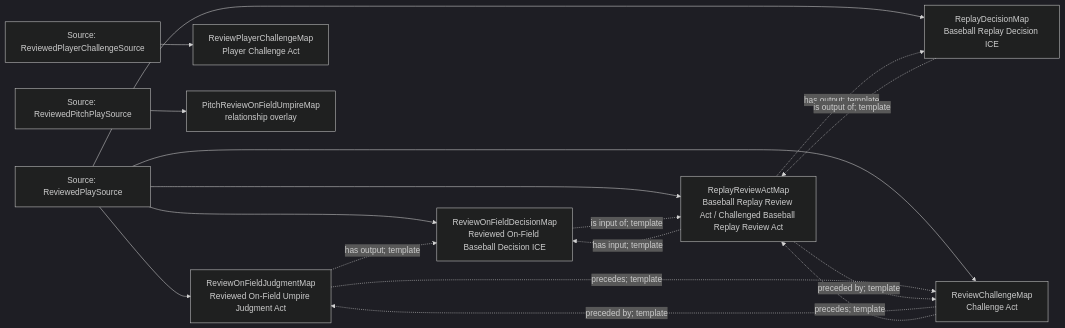
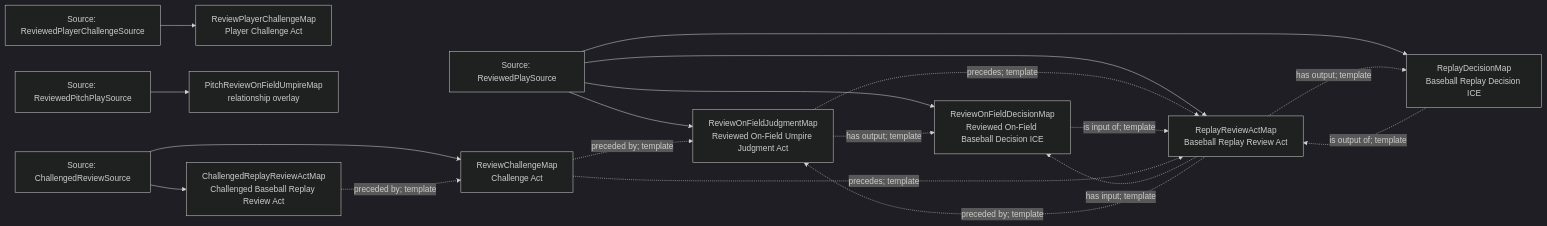
Before and after one commit to CarterBeauBenson/BaseballO: the diagram in Baseball/mermaid/patterns/mlb-direct/46-replay-review.md, drawn with Mermaid (dark theme). The commit also changed other lines of this file and 461 other files, not shown here.

````diff
--- a/Baseball/mermaid/patterns/mlb-direct/46-replay-review.md
+++ b/Baseball/mermaid/patterns/mlb-direct/46-replay-review.md
@@ -10,29 +10,33 @@
 ```mermaid
 flowchart LR
-    S01["Source: ReviewedPitchPlaySource"]
-    S02["Source: ReviewedPlaySource"]
-    S03["Source: ReviewedPlayerChallengeSource"]
+    S01["Source: ChallengedReviewSource"]
+    S02["Source: ReviewedPitchPlaySource"]
+    S03["Source: ReviewedPlaySource"]
+    S04["Source: ReviewedPlayerChallengeSource"]
     M01["ReviewOnFieldJudgmentMap<br/>Reviewed On-Field Umpire Judgment Act"]
     M02["ReviewOnFieldDecisionMap<br/>Reviewed On-Field Baseball Decision ICE"]
     M03["ReviewChallengeMap<br/>Challenge Act"]
     M04["ReviewPlayerChallengeMap<br/>Player Challenge Act"]
     M05["PitchReviewOnFieldUmpireMap<br/>relationship overlay"]
-    M06["ReplayReviewActMap<br/>Baseball Replay Review Act / Challenged Baseball Replay Review Act"]
-    M07["ReplayDecisionMap<br/>Baseball Replay Decision ICE"]
-    S02 --> M01
-    S02 --> M02
-    S02 --> M03
-    S03 --> M04
-    S01 --> M05
-    S02 --> M06
-    S02 --> M07
+    M06["ReplayReviewActMap<br/>Baseball Replay Review Act"]
+    M07["ChallengedReplayReviewActMap<br/>Challenged Baseball Replay Review Act"]
+    M08["ReplayDecisionMap<br/>Baseball Replay Decision ICE"]
+    S03 --> M01
+    S03 --> M02
+    S01 --> M03
+    S04 --> M04
+    S02 --> M05
+    S03 --> M06
+    S01 --> M07
+    S03 --> M08
     M01 -.->|has output; template| M02
-    M01 -.->|precedes; template| M03
+    M01 -.->|precedes; template| M06
     M02 -.->|is input of; template| M06
     M03 -.->|preceded by; template| M01
     M03 -.->|precedes; template| M06
     M06 -.->|has input; template| M02
-    M06 -.->|has output; template| M07
-    M06 -.->|preceded by; template| M03
-    M07 -.->|is output of; template| M06
+    M06 -.->|has output; template| M08
+    M06 -.->|preceded by; template| M01
+    M07 -.->|preceded by; template| M03
+    M08 -.->|is output of; template| M06
 ```
````
